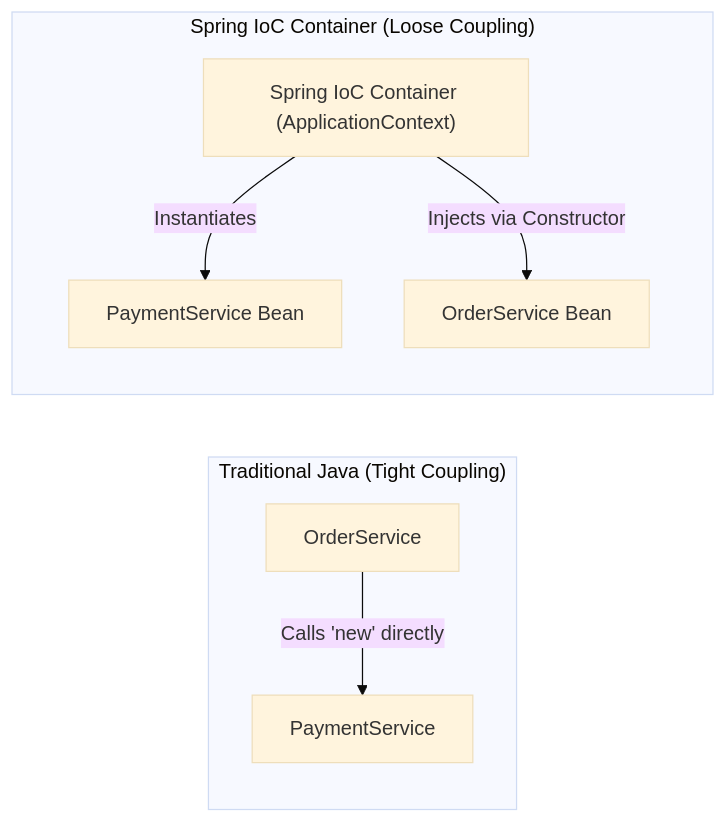
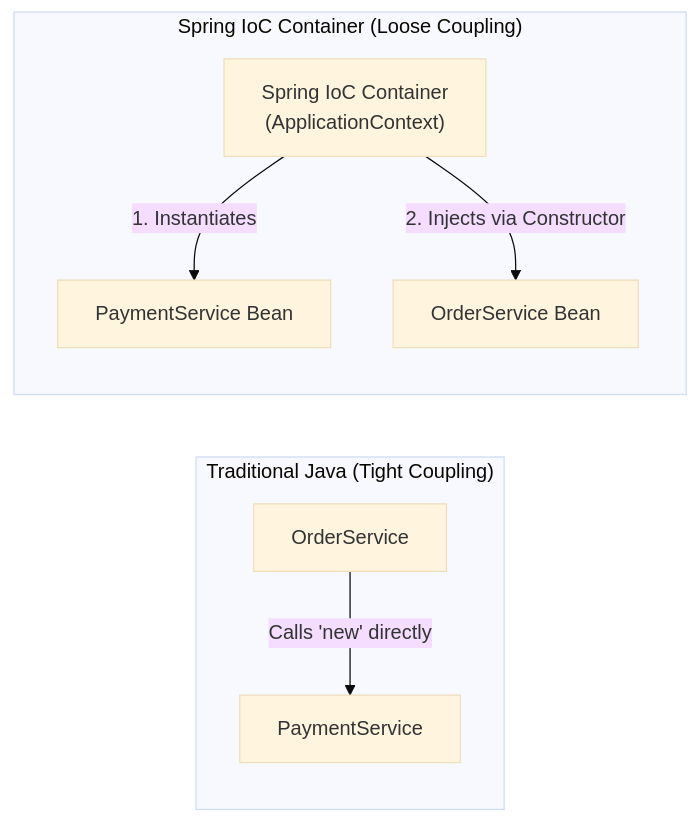
Before and after one commit to rohithgowda18/Notes: the first of 23 diagrams in 06-Java-and-Spring-Boot/Spring Boot Interview Guide.md, drawn with Mermaid (base theme). The commit also changed other lines of this file, not shown here.

Commit message:
docs(spring-boot): fix broken code fence nesting, restore perfect markdown rendering, and elevate visual readability

````diff
--- a/06-Java-and-Spring-Boot/Spring Boot Interview Guide.md
+++ b/06-Java-and-Spring-Boot/Spring Boot Interview Guide.md
@@ -67,12 +70,12 @@
 ```mermaid
 flowchart LR
     subgraph TraditionalJava ["Traditional Java (Tight Coupling)"]
         A["OrderService"] -->|"Calls 'new' directly"| B["PaymentService"]
     end
 
     subgraph SpringIoC ["Spring IoC Container (Loose Coupling)"]
-        Container["Spring IoC Container (ApplicationContext)"]
-        Container -->|"Instantiates"| P["PaymentService Bean"]
-        Container -->|"Injects via Constructor"| O["OrderService Bean"]
+        Container["Spring IoC Container<br/>(ApplicationContext)"]
+        Container -->|"1. Instantiates"| P["PaymentService Bean"]
+        Container -->|"2. Injects via Constructor"| O["OrderService Bean"]
     end
 ```
````
